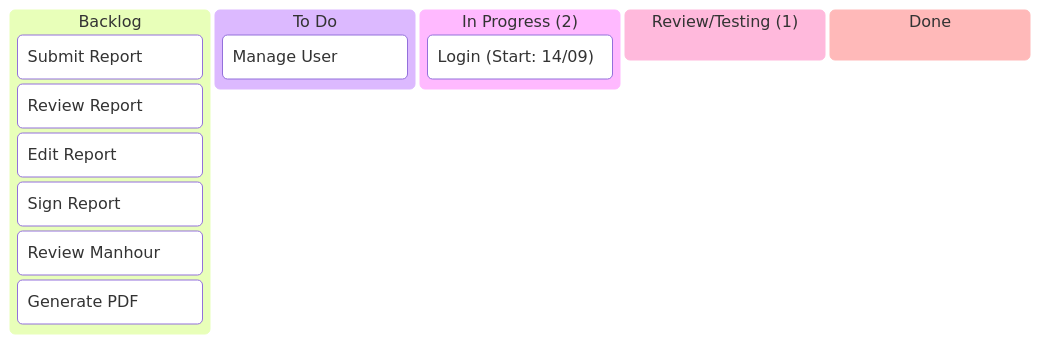
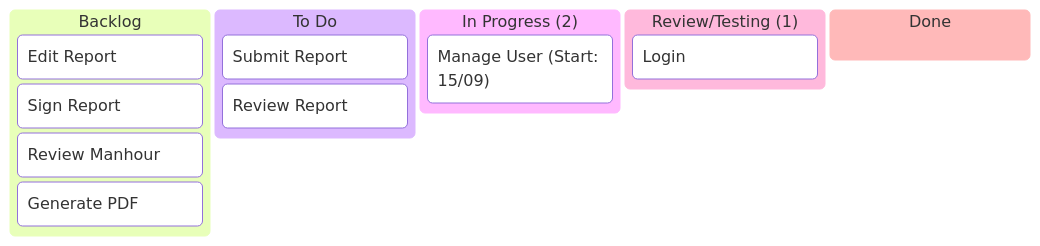
One commit to billdansr/kanban-boc-om changed the diagram in Kanban/02-Kanban.md. Above: the diagram before and after it, drawn with Mermaid.

Commit message:
vault backup: 2025-09-21 20:23:27
Submit Report: Backlog -> To Do
Review Report: Backlog -> To Do
Manage User: To Do -> In Progress (Start: 15/09)
Login: In Progress -> Review/Testing

````diff
--- a/Kanban/02-Kanban.md
+++ b/Kanban/02-Kanban.md
@@ -3,22 +3,21 @@
 ```mermaid
 kanban
   backlog[Backlog]
-    b2[Submit Report]
-    b3[Review Report]
     b4[Edit Report]
     b5[Sign Report]
     b6[Review Manhour]
     b7[Generate PDF]
 
   todo[To Do]
-    t8[Manage User]
+      t2[Submit Report]
+      t3[Review Report]
 
   inprogress["In Progress (2)"]
-     i1["Login (Start: 14/09)"]
+    i8["Manage User (Start: 15/09)"]
 
   review["Review/Testing (1)"]
-    
+    r1[Login]
 
   done[Done]
 
 ```
````
